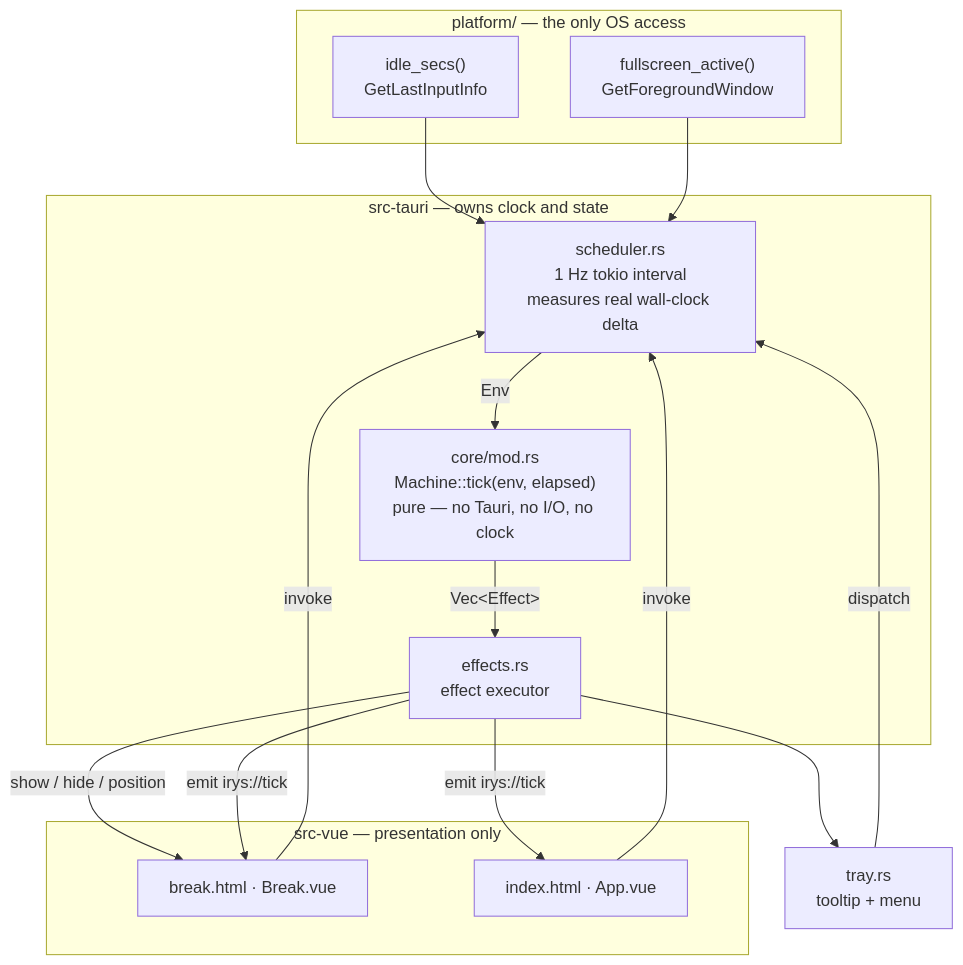
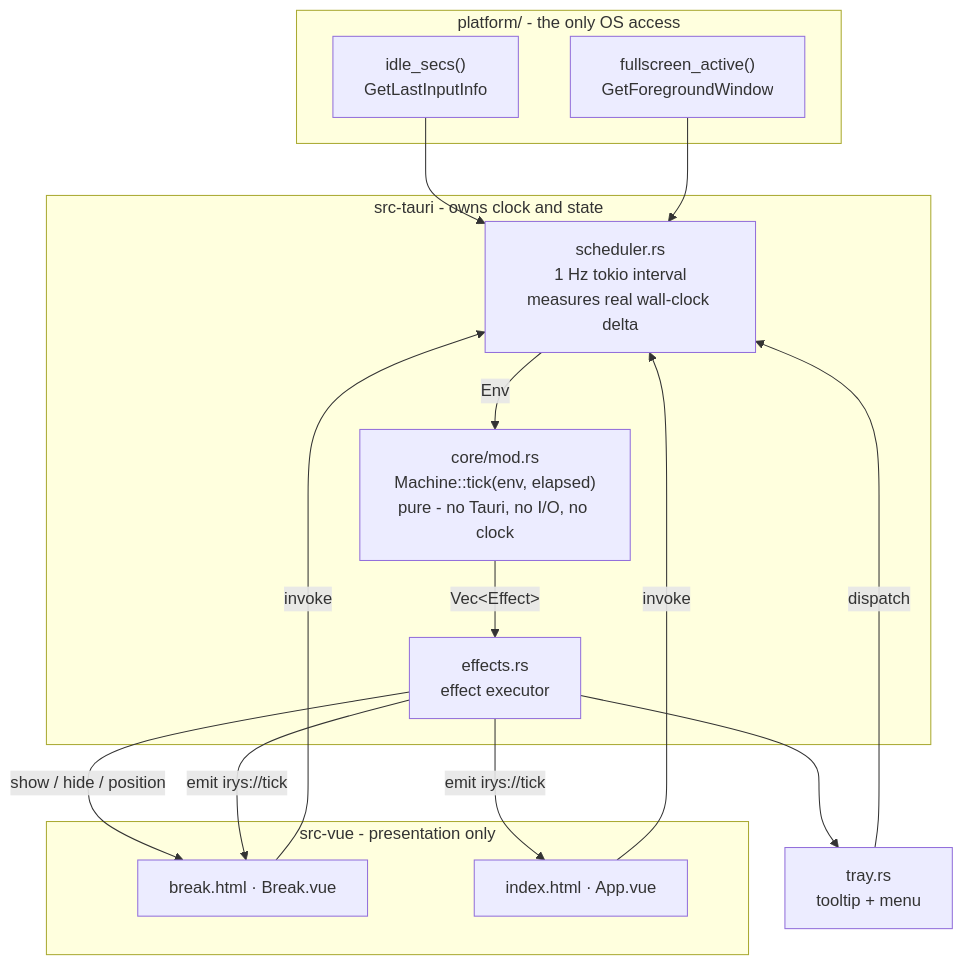
Before and after one commit to the-khiem7/IRYS-desktop: the diagram in docs/baseline/irys-desktop-app/irys-desktop-app.sourcecode.md, drawn with Mermaid. The commit also changed other lines of this file and 33 other files, not shown here.

````diff
--- a/docs/baseline/irys-desktop-app/irys-desktop-app.sourcecode.md
+++ b/docs/baseline/irys-desktop-app/irys-desktop-app.sourcecode.md
@@ -20,32 +20,32 @@
 ```mermaid
 flowchart TD
-    subgraph OS["platform/ — the only OS access"]
+    subgraph OS["platform/ - the only OS access"]
         IDLE["idle_secs()<br/>GetLastInputInfo"]
         FULL["fullscreen_active()<br/>GetForegroundWindow"]
     end
 
-    subgraph RUST["src-tauri — owns clock and state"]
+    subgraph RUST["src-tauri - owns clock and state"]
         SCHED["scheduler.rs<br/>1 Hz tokio interval<br/>measures real wall-clock delta"]
-        CORE["core/mod.rs<br/>Machine::tick(env, elapsed)<br/>pure — no Tauri, no I/O, no clock"]
+        CORE["core/mod.rs<br/>Machine::tick(env, elapsed)<br/>pure - no Tauri, no I/O, no clock"]
         EXEC["effects.rs<br/>effect executor"]
     end
 
     TRAY["tray.rs<br/>tooltip + menu"]
 
-    subgraph WEB["src-vue — presentation only"]
+    subgraph WEB["src-vue - presentation only"]
         BRK["break.html · Break.vue"]
         SET["index.html · App.vue"]
     end
 
     IDLE --> SCHED
     FULL --> SCHED
     SCHED -->|"Env"| CORE
     CORE -->|"Vec&lt;Effect&gt;"| EXEC
     EXEC --> TRAY
     EXEC -->|"show / hide / position"| BRK
     EXEC -->|"emit irys://tick"| BRK
     EXEC -->|"emit irys://tick"| SET
     BRK -->|"invoke"| SCHED
     SET -->|"invoke"| SCHED
     TRAY -->|"dispatch"| SCHED
 ```
````
